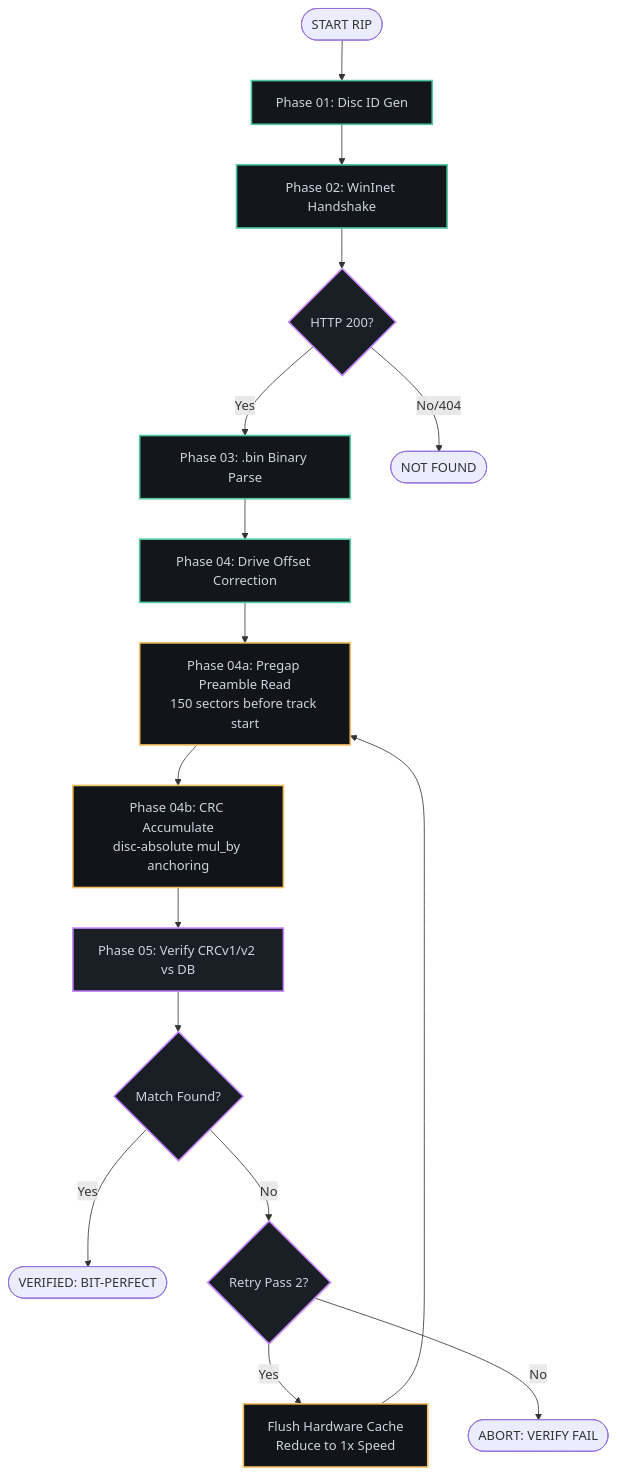
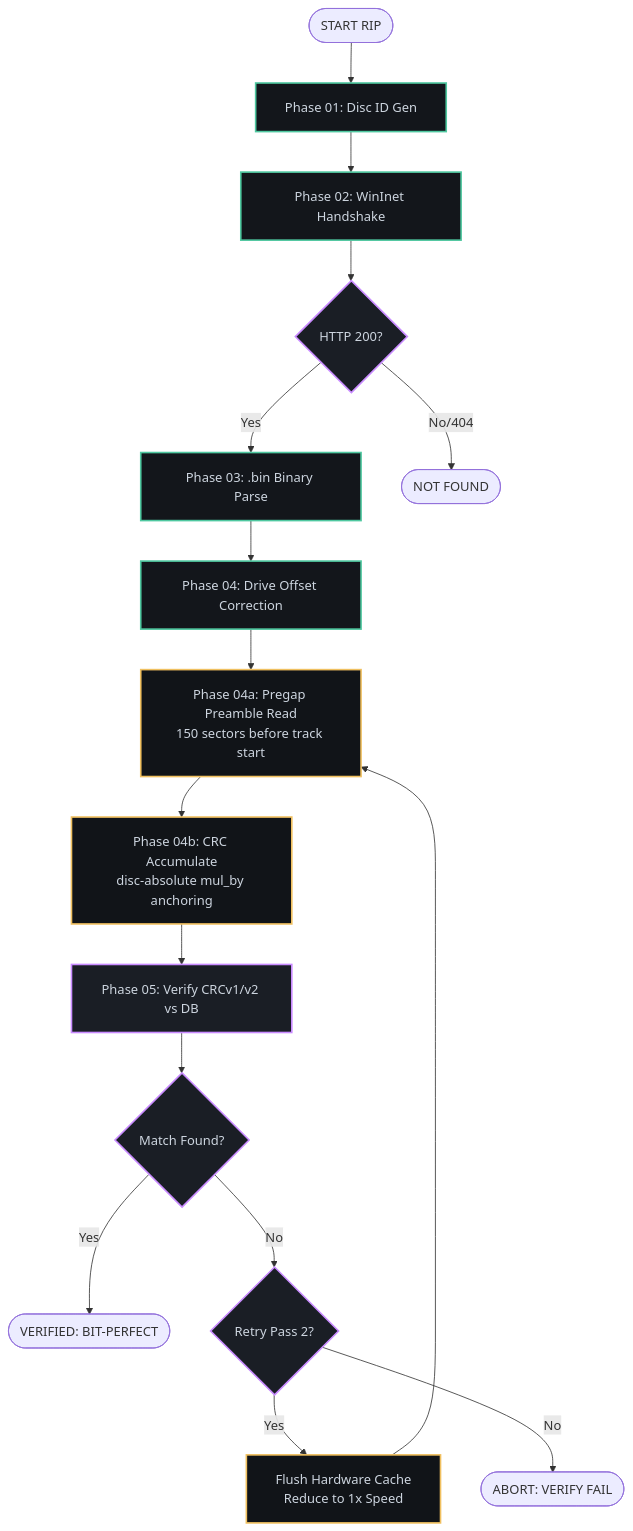
Before and after one commit to RadMageIRL/re-moct: the diagram in docs/README.md, drawn with Mermaid.

````diff
--- a/docs/README.md
+++ b/docs/README.md
@@ -28,24 +28,25 @@
 ```mermaid
+%%{init: {'flowchart': {'htmlLabels': true, 'padding': 18}}}%%
 graph TD
     classDef hardware fill:#13161b,stroke:#4fc8a0,stroke-width:2px,color:#cdd5df;
     classDef handshake fill:#1a1e25,stroke:#c98bff,stroke-width:2px,color:#cdd5df;
     classDef forensic fill:#111418,stroke:#f0c060,stroke-width:2px,color:#cdd5df;
     Start([START RIP]) --> A[Phase 01: Disc ID Gen]
     A --> B[Phase 02: WinInet Handshake]
     B --> C{HTTP 200?}
     C -- Yes --> D[Phase 03: .bin Binary Parse]
     C -- No/404 --> F([NOT FOUND])
     D --> O[Phase 04: Drive Offset Correction]
     O --> P["Phase 04a: Pregap Preamble Read<br/>150 sectors before track start"]
     P --> E["Phase 04b: CRC Accumulate<br/>disc-absolute mul_by anchoring"]
     E --> G[Phase 05: Verify CRCv1/v2 vs DB]
     G --> H{Match Found?}
     H -- Yes --> I([VERIFIED: BIT-PERFECT])
     H -- No --> J{Retry Pass 2?}
     J -- Yes --> K["Flush Hardware Cache<br/>Reduce to 1x Speed"]
     K --> P
     J -- No --> L([ABORT: VERIFY FAIL])
     class A,B,D,O hardware;
     class C,G,H,J handshake;
     class P,E,K forensic;
 ```
````
